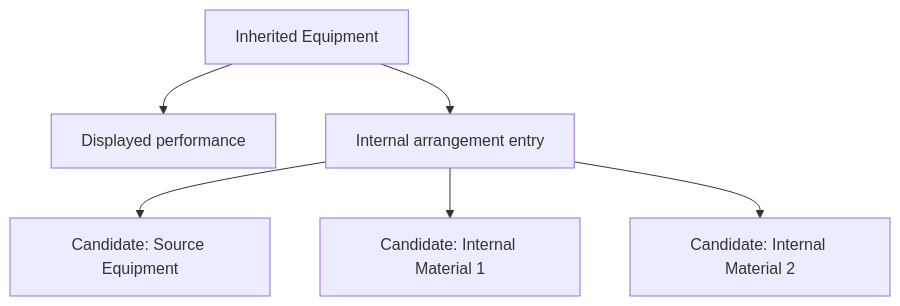
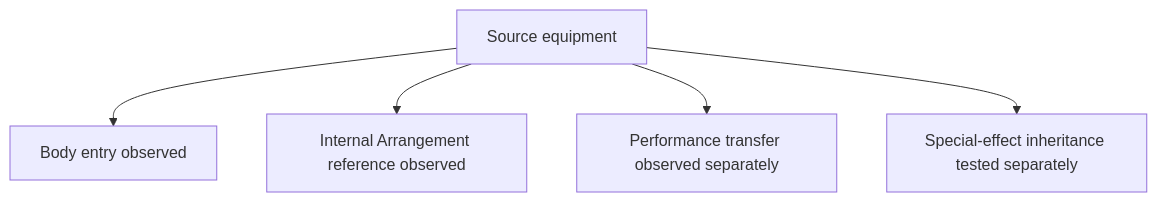
The diagram in mermaid/rune-factory-self-contamination-expansion-tree-en.mmd (j13343sh/Rune-Factory-Inheritance-Research), drawn with Mermaid before and after one commit. The commit also changed 17 other files, not shown here.

```diff
--- a/mermaid/rune-factory-self-contamination-expansion-tree-en.mmd
+++ b/mermaid/rune-factory-self-contamination-expansion-tree-en.mmd
@@ -1,7 +1,5 @@
 flowchart TD
-    A[Inherited Equipment]
-    A --> B[Displayed performance]
-    A --> C[Internal arrangement entry]
-    C --> D[Candidate: Source Equipment]
-    C --> E[Candidate: Internal Material 1]
-    C --> F[Candidate: Internal Material 2]
+    A[Source equipment] --> B[Body entry observed]
+    A --> C[Internal Arrangement reference observed]
+    A --> D[Performance transfer observed separately]
+    A --> E[Special-effect inheritance tested separately]
```
